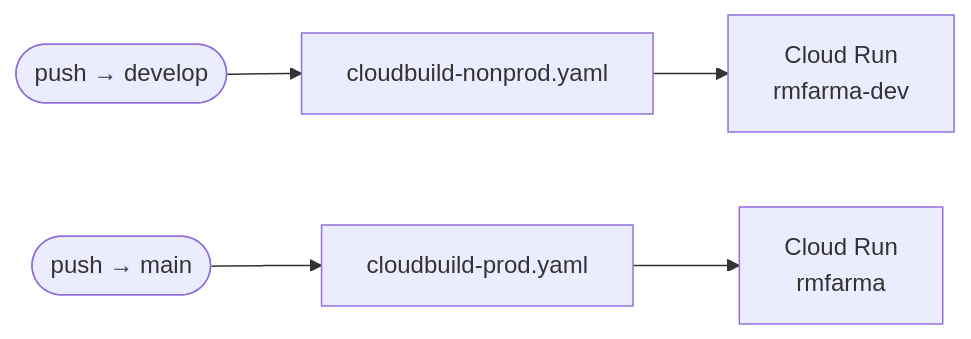
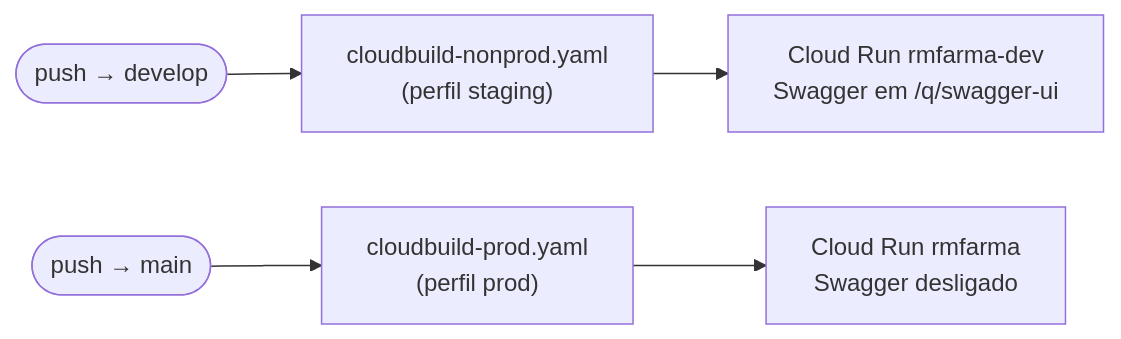
Before and after one commit to rm-farma/pharma-hub: the third of 3 diagrams in README.md, drawn with Mermaid. The commit also changed other lines of this file, not shown here.

First line of the commit message:
docs(readme): documenta perfil staging e distinção build-time/runtime

````diff
--- a/README.md
+++ b/README.md
@@ -190,5 +193,5 @@
 ```mermaid
 flowchart LR
-    D(["push → develop"]) --> CBD["cloudbuild-nonprod.yaml"] --> RD["Cloud Run\nrmfarma-dev"]
-    M(["push → main"]) --> CBM["cloudbuild-prod.yaml"] --> RM["Cloud Run\nrmfarma"]
+    D(["push → develop"]) --> CBD["cloudbuild-nonprod.yaml\n(perfil staging)"] --> RD["Cloud Run rmfarma-dev\nSwagger em /q/swagger-ui"]
+    M(["push → main"]) --> CBM["cloudbuild-prod.yaml\n(perfil prod)"] --> RM["Cloud Run rmfarma\nSwagger desligado"]
 ```
````
